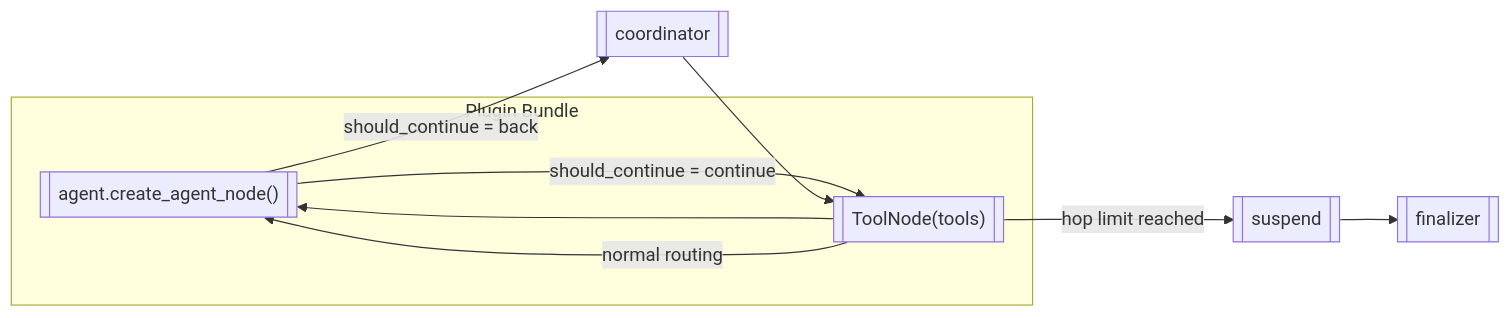
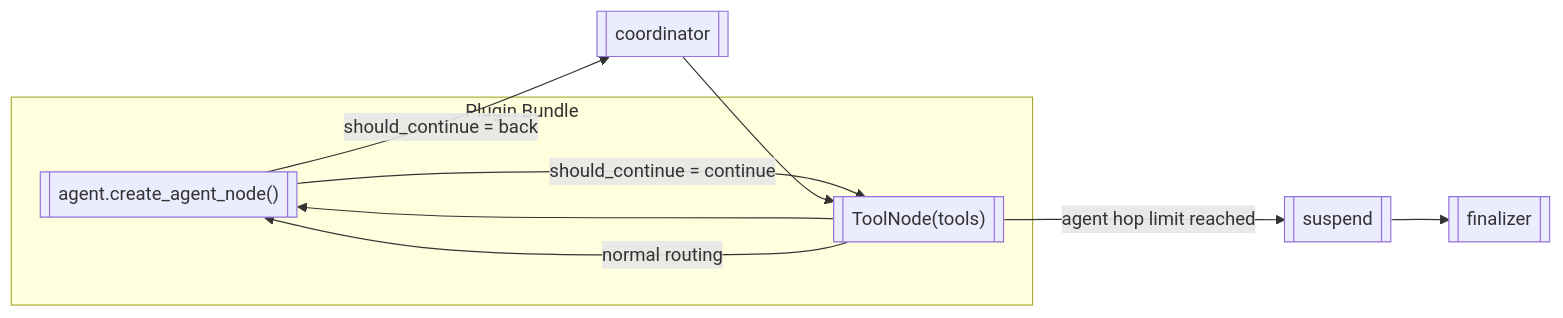
The fifth of 6 diagrams in docs/concepts/architecture.md (jonaskahn/cadence), drawn with Mermaid before and after one commit. The commit also changed other lines of this file and 40 other files, not shown here.

First line of the commit message:
refactor: consolidate hop counting to agent_hops only

````diff
--- a/docs/concepts/architecture.md
+++ b/docs/concepts/architecture.md
@@ -258,18 +258,18 @@
 ```mermaid
 flowchart LR
     subgraph Plugin[Plugin Bundle]
       AgentNode[["agent.create_agent_node()"]]
       ToolNode[["ToolNode(tools)"]]
     end
     Coordinator[[coordinator]]
     SuspendNode[[suspend]]
     Finalizer[[finalizer]]
 
     AgentNode -- "should_continue = continue" --> ToolNode
     ToolNode --> AgentNode
     AgentNode -- "should_continue = back" --> Coordinator
     Coordinator --> ToolNode
-    ToolNode -- "hop limit reached" --> SuspendNode
+    ToolNode -- "agent hop limit reached" --> SuspendNode
     ToolNode -- "normal routing" --> AgentNode
     SuspendNode --> Finalizer
 ```
````
